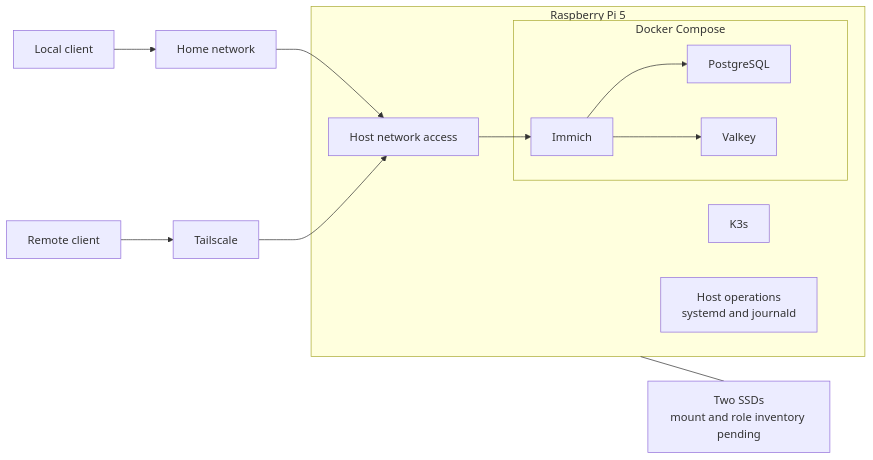
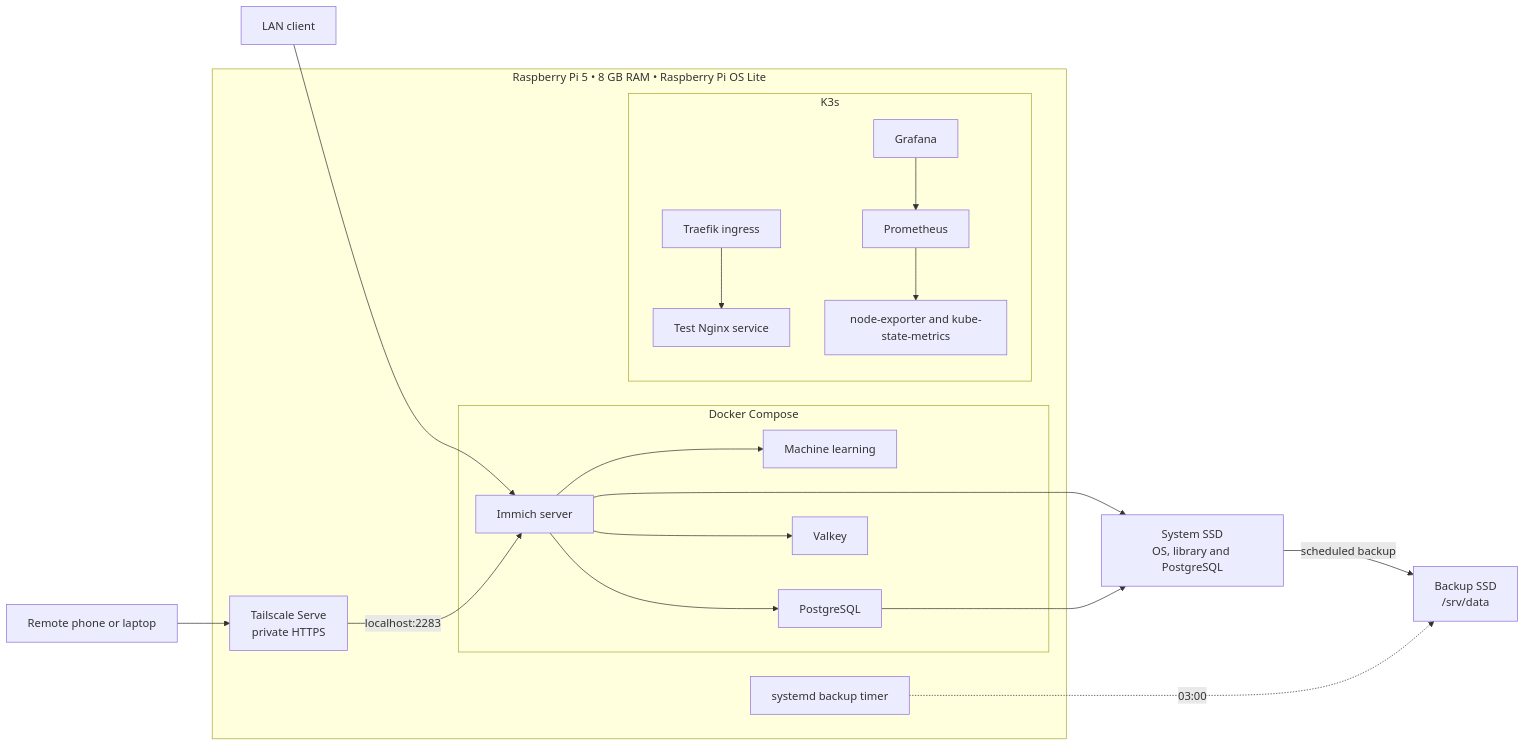
Before and after one commit to Korzengwiezdny/raspberry-pi-private-cloud: the diagram in README.md, drawn with Mermaid. The commit also changed other lines of this file and 8 other files, not shown here.

````diff
--- a/README.md
+++ b/README.md
@@ -27,21 +26,23 @@
 ```mermaid
 flowchart LR
-    Local["Local client"] --> LAN["Home network"]
-    Remote["Remote client"] --> TS["Tailscale"]
-    subgraph Pi["Raspberry Pi 5"]
-        Access["Host network access"]
+    Phone["Remote phone or laptop"] --> TS["Tailscale Serve<br/>private HTTPS"]
+    LAN["LAN client"] --> Immich
+    subgraph Pi["Raspberry Pi 5 • 8 GB RAM • Raspberry Pi OS Lite"]
+        TS -->|"localhost:2283"| Immich
         subgraph Compose["Docker Compose"]
-            Immich["Immich"]
-            DB["PostgreSQL"]
-            Queue["Valkey"]
-            Immich --> DB
-            Immich --> Queue
+            Immich["Immich server"] --> ML["Machine learning"]
+            Immich --> DB["PostgreSQL"]
+            Immich --> V["Valkey"]
         end
-        K3s["K3s"]
-        Ops["Host operations<br/>systemd and journald"]
-        Access --> Immich
+        subgraph K3s["K3s"]
+            Traefik["Traefik ingress"] --> Nginx["Test Nginx service"]
+            Prom["Prometheus"] --> Exporters["node-exporter and kube-state-metrics"]
+            Grafana["Grafana"] --> Prom
+        end
+        Timer["systemd backup timer"]
     end
-    LAN --> Access
-    TS --> Access
-    Pi --- SSD["Two SSDs<br/>mount and role inventory pending"]
+    Immich --> SSD1["System SSD<br/>OS, library and PostgreSQL"]
+    DB --> SSD1
+    SSD1 -->|"scheduled backup"| SSD2["Backup SSD<br/>/srv/data"]
+    Timer -.->|"03:00"| SSD2
 ```
````
